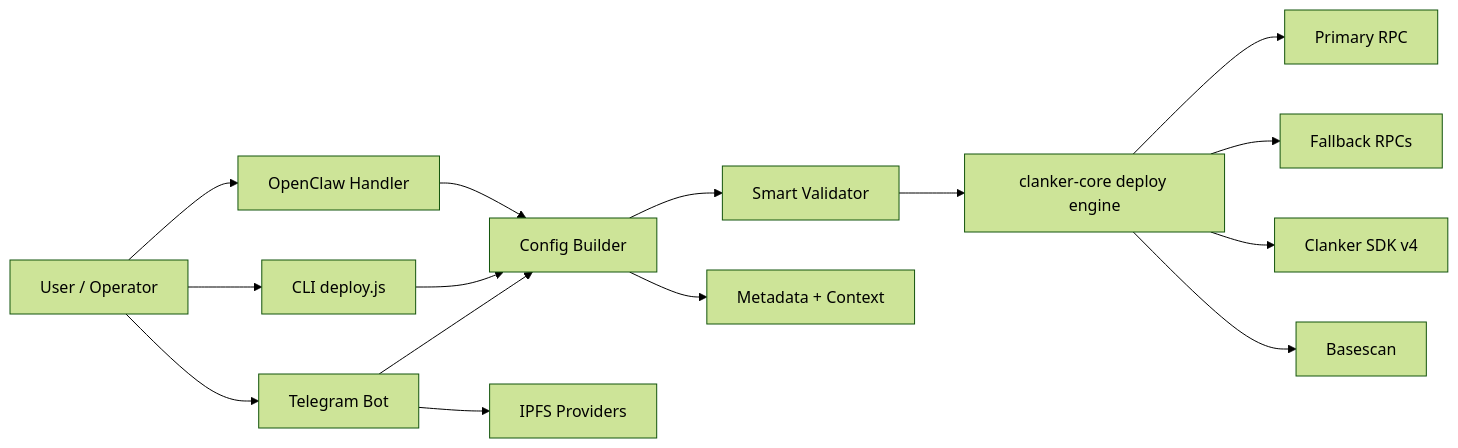
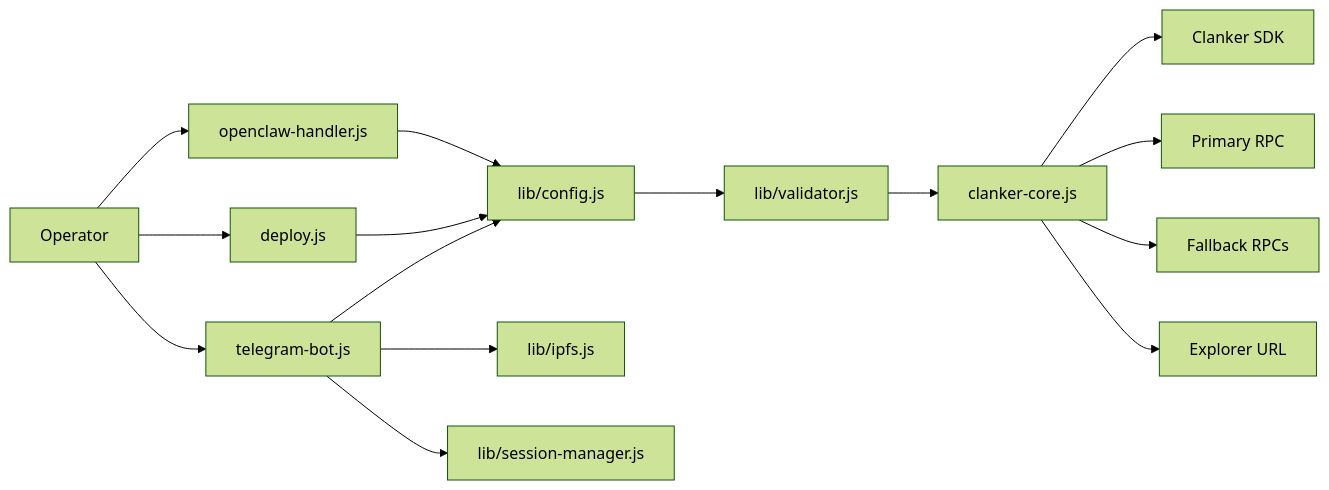
Before and after one commit to Timcuan/clank-and-claw: the first of 4 diagrams in docs/SYSTEM_ARCHITECTURE.md, drawn with Mermaid (forest theme). The commit also changed other lines of this file and 3 other files, not shown here.

Commit message:
docs: revamp visual runbook and flow documentation

````diff
--- a/docs/SYSTEM_ARCHITECTURE.md
+++ b/docs/SYSTEM_ARCHITECTURE.md
@@ -7,22 +9,21 @@
 ```mermaid
 flowchart LR
-    U[User / Operator] --> TG[Telegram Bot]
-    U --> CLI[CLI deploy.js]
-    U --> OC[OpenClaw Handler]
+    OP[Operator] --> TG[telegram-bot.js]
+    OP --> CLI[deploy.js]
+    OP --> OC[openclaw-handler.js]
 
-    TG --> CFG[Config Builder]
+    TG --> CFG[lib/config.js]
     CLI --> CFG
     OC --> CFG
 
-    CFG --> VAL[Smart Validator]
-    VAL --> CORE[clanker-core deploy engine]
+    CFG --> VAL[lib/validator.js]
+    VAL --> CORE[clanker-core.js]
 
+    TG --> IPFS[lib/ipfs.js]
+    TG --> SES[lib/session-manager.js]
+
+    CORE --> SDK[Clanker SDK]
     CORE --> RPCP[Primary RPC]
     CORE --> RPCF[Fallback RPCs]
-    CORE --> SDK[Clanker SDK v4]
-
-    TG --> IPFS[IPFS Providers]
-    CFG --> META[Metadata + Context]
-
-    CORE --> BASESCAN[Basescan]
+    CORE --> EX[Explorer URL]
 ```
````
